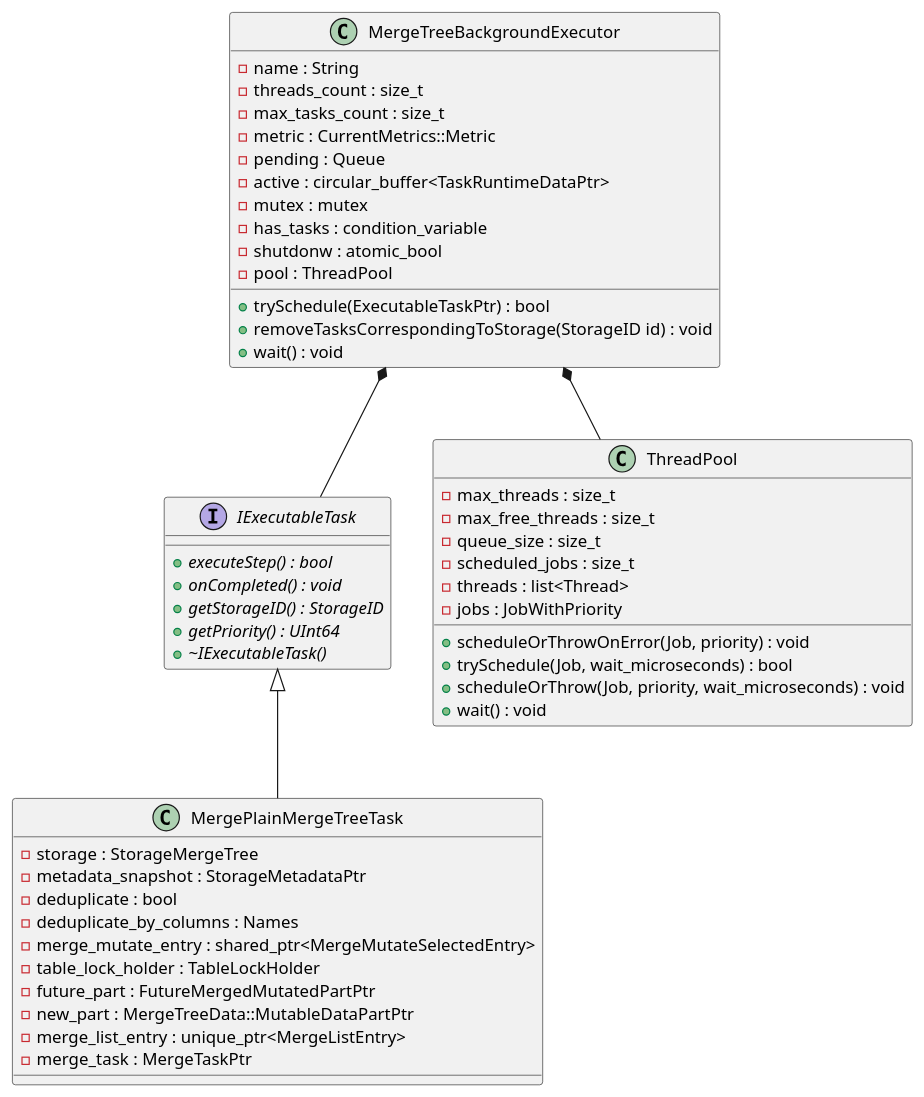
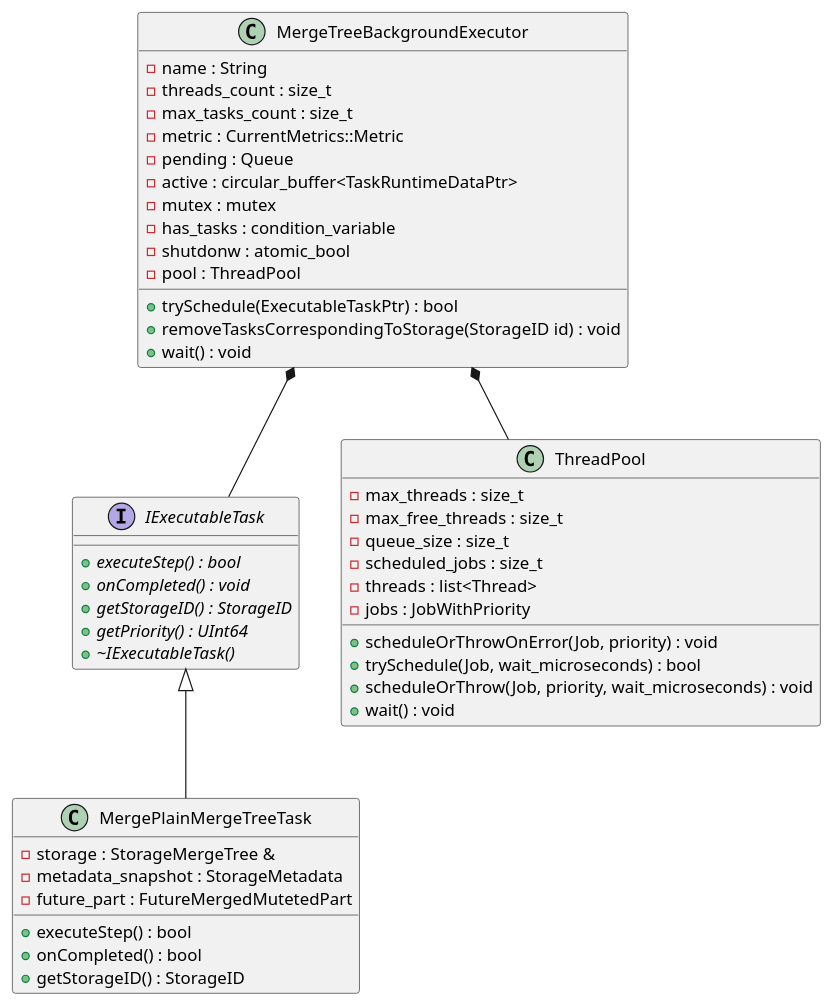
One commit to zhiqiang-hhhh/zhiqiang-hhhh.github.io changed the fifth of 10 diagrams in pre_post/Clickhouse/MergeTreeData.md. Above: the diagram before and after it, drawn with PlantUML. The commit also changed other lines of this file and 1 other file, not shown here.

Commit message:
Clickhouse Merge

````diff
--- a/pre_post/Clickhouse/MergeTreeData.md
+++ b/pre_post/Clickhouse/MergeTreeData.md
@@ -224,64 +223,60 @@
 ```plantuml
 @startuml
 
 interface IExecutableTask {
     + {abstract} executeStep() : bool
     + {abstract} onCompleted() : void
     + {abstract} getStorageID() : StorageID
     + {abstract} getPriority() : UInt64
     + {abstract} \~IExecutableTask()
 }
 
 MergeTreeBackgroundExecutor *-- IExecutableTask
 
 class MergeTreeBackgroundExecutor {
     - name : String
     - threads_count : size_t
     - max_tasks_count : size_t
     - metric : CurrentMetrics::Metric
     - pending : Queue
     - active : circular_buffer<TaskRuntimeDataPtr>
     - mutex : mutex
     - has_tasks : condition_variable
     - shutdonw : atomic_bool
     - pool : ThreadPool
 
     + trySchedule(ExecutableTaskPtr) : bool
     + removeTasksCorrespondingToStorage(StorageID id) : void
     + wait() : void
 }
 
 IExecutableTask <|-- MergePlainMergeTreeTask
 
 class MergePlainMergeTreeTask {
-    - storage : StorageMergeTree
-    - metadata_snapshot : StorageMetadataPtr
-    - deduplicate : bool
-    - deduplicate_by_columns : Names
-    - merge_mutate_entry : shared_ptr<MergeMutateSelectedEntry>
-    - table_lock_holder : TableLockHolder
-    - future_part : FutureMergedMutatedPartPtr
-    - new_part : MergeTreeData::MutableDataPartPtr
-    - merge_list_entry : unique_ptr<MergeListEntry>
-    - merge_task : MergeTaskPtr
+    - storage : StorageMergeTree &
+    - metadata_snapshot : StorageMetadata
+    - future_part : FutureMergedMutetedPart
+    + executeStep() : bool
+    + onCompleted() : bool
+    + getStorageID() : StorageID 
 }
 
 MergeTreeBackgroundExecutor *-- ThreadPool
 
 class ThreadPool
 {
     - max_threads : size_t
     - max_free_threads : size_t
     - queue_size : size_t
     - scheduled_jobs : size_t
     - threads : list<Thread>
     - jobs : JobWithPriority
     + scheduleOrThrowOnError(Job, priority) : void
     + trySchedule(Job, wait_microseconds) : bool
     + scheduleOrThrow(Job, priority, wait_microseconds) : void
     + wait() : void
 }
 
 
 @enduml
 ```
````
